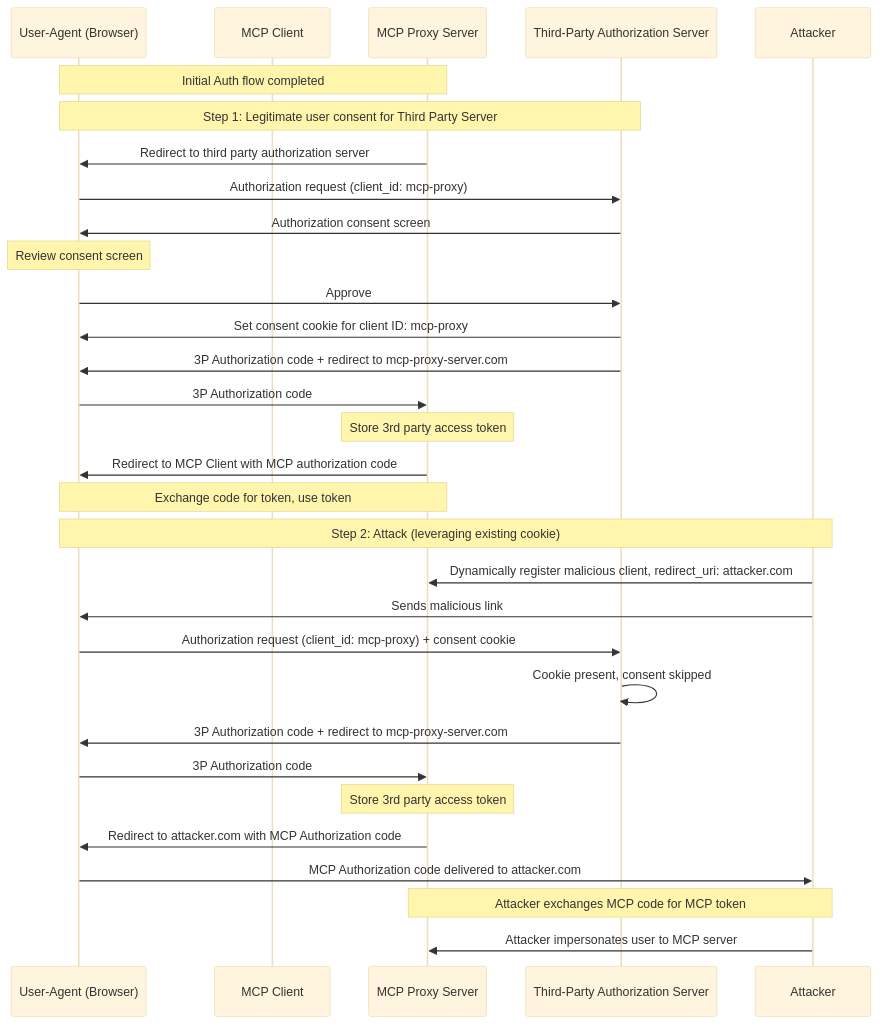
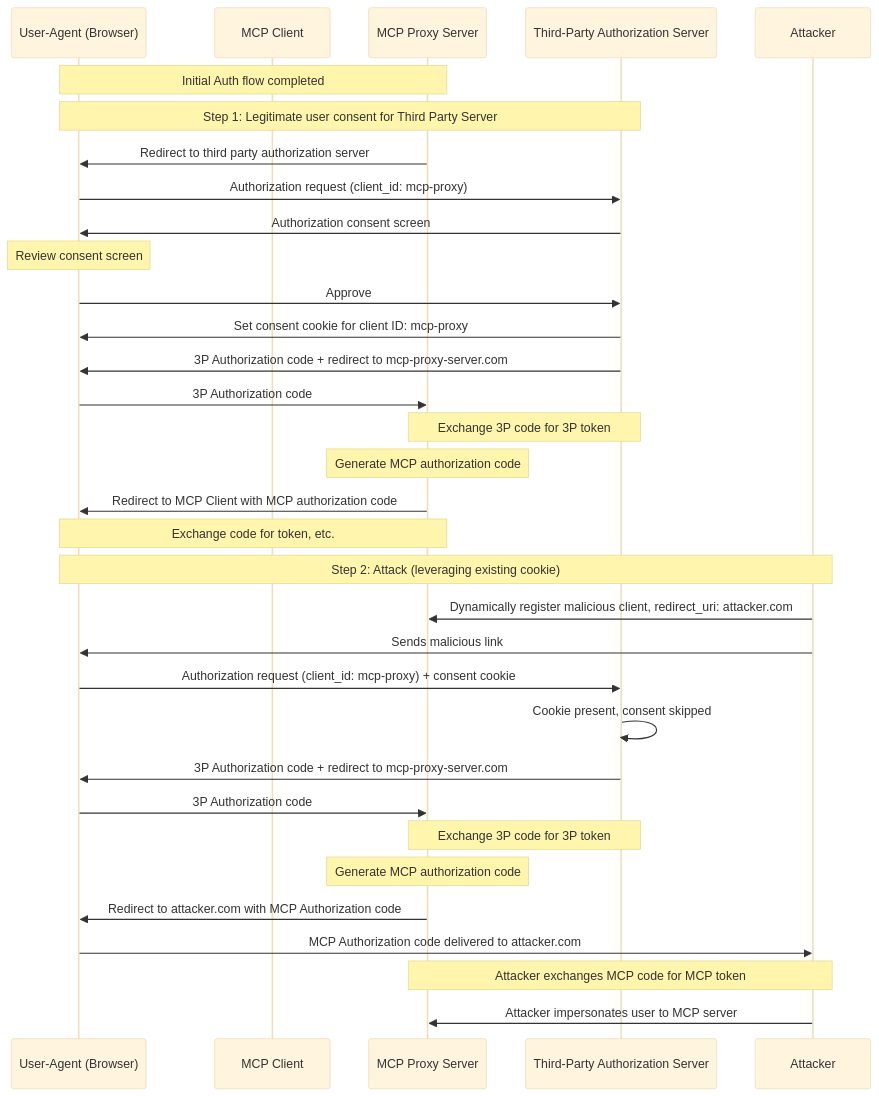
Before and after one commit to zcstarr/modelcontextprotocol: the third of 3 diagrams in docs/specification/draft/basic/authorization.mdx, drawn with Mermaid (base theme). The commit also changed other lines of this file, not shown here.

Commit message:
some clean up

````diff
--- a/docs/specification/draft/basic/authorization.mdx
+++ b/docs/specification/draft/basic/authorization.mdx
@@ -326,39 +326,41 @@
 ```mermaid
 sequenceDiagram
     participant UA as User-Agent (Browser)  
     participant MC as MCP Client
     participant M as MCP Proxy Server
     participant TAS as Third-Party Authorization Server
     participant A as Attacker
 
     Note over UA,M: Initial Auth flow completed
 
     Note over UA,TAS: Step 1: Legitimate user consent for Third Party Server
 
     M->>UA: Redirect to third party authorization server
     UA->>TAS: Authorization request (client_id: mcp-proxy)
     TAS->>UA: Authorization consent screen
     Note over UA: Review consent screen
     UA->>TAS: Approve
     TAS->>UA: Set consent cookie for client ID: mcp-proxy
     TAS->>UA: 3P Authorization code + redirect to mcp-proxy-server.com
     UA->>M: 3P Authorization code
-    Note over M: Store 3rd party access token
+    Note over M,TAS: Exchange 3P code for 3P token
+    Note over M: Generate MCP authorization code
     M->>UA: Redirect to MCP Client with MCP authorization code
 
-    Note over M,UA: Exchange code for token, use token
+    Note over M,UA: Exchange code for token, etc.
 
     Note over UA,A: Step 2: Attack (leveraging existing cookie)
     A->>M: Dynamically register malicious client, redirect_uri: attacker.com
     A->>UA: Sends malicious link
     UA->>TAS: Authorization request (client_id: mcp-proxy) + consent cookie
     TAS->>TAS: Cookie present, consent skipped
 
    TAS->>UA: 3P Authorization code + redirect to mcp-proxy-server.com
    UA->>M: 3P Authorization code
-   Note over M: Store 3rd party access token
+   Note over M,TAS: Exchange 3P code for 3P token
+   Note over M: Generate MCP authorization code
    M->>UA: Redirect to attacker.com with MCP Authorization code
    UA->>A: MCP Authorization code delivered to attacker.com
    Note over M,A: Attacker exchanges MCP code for MCP token
    A->>M: Attacker impersonates user to MCP server
 ```
````
